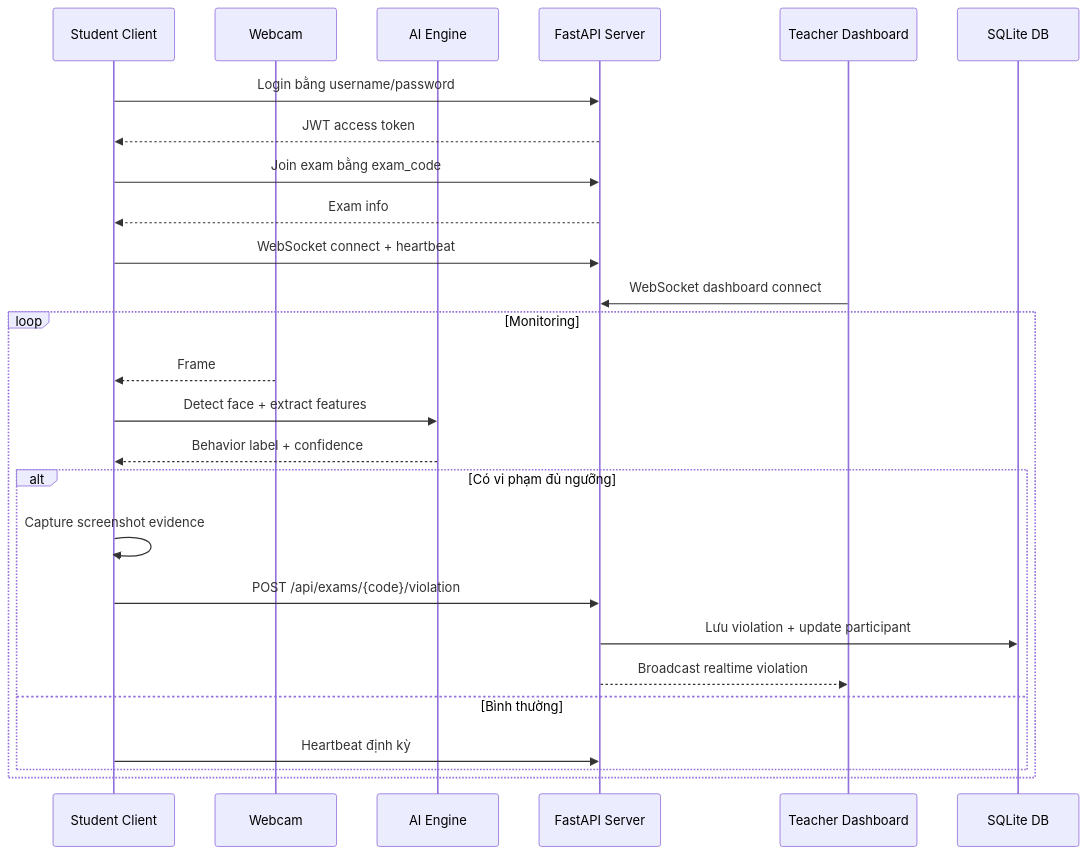
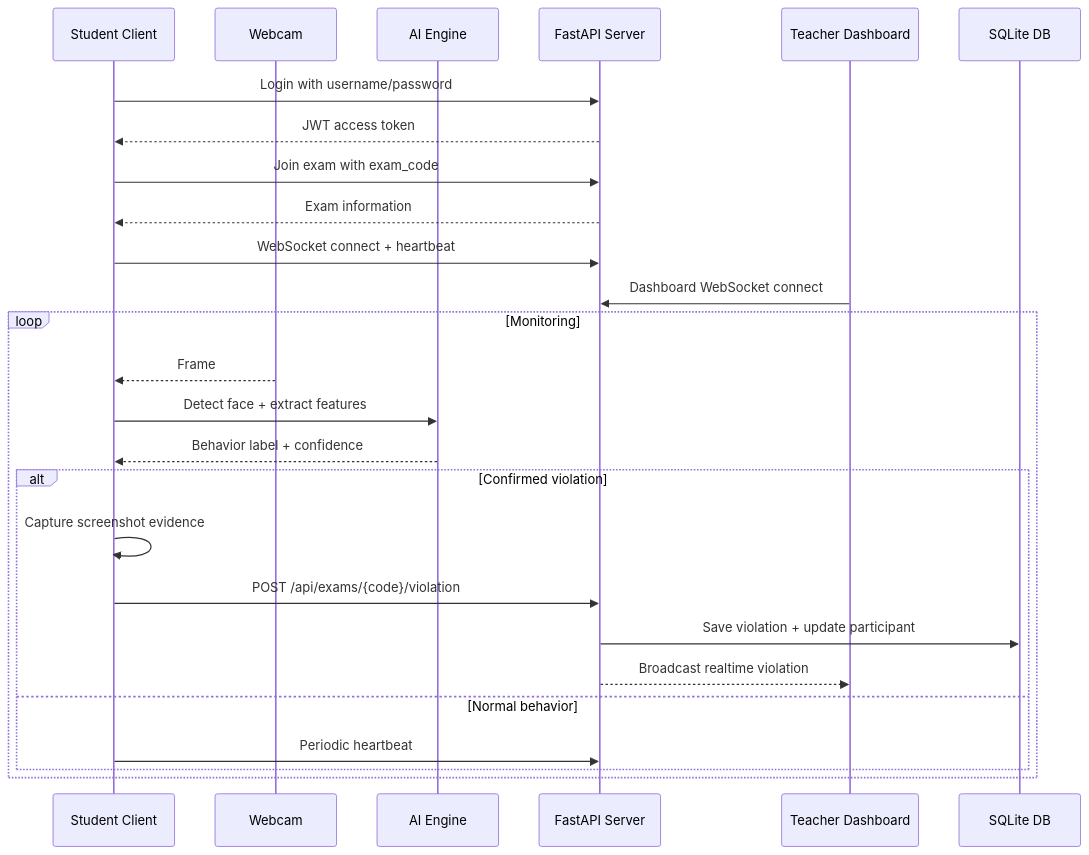
One commit to viethoang2503/smart-examiner-project changed the second of 2 diagrams in README.md. Above: the diagram before and after it, drawn with Mermaid. The commit also changed other lines of this file, not shown here.

````diff
--- a/README.md
+++ b/README.md
@@ -84,30 +84,30 @@
 ```mermaid
 sequenceDiagram
     participant S as Student Client
     participant C as Webcam
     participant A as AI Engine
     participant B as FastAPI Server
     participant D as Teacher Dashboard
     participant DB as SQLite DB
 
-    S->>B: Login bằng username/password
+    S->>B: Login with username/password
     B-->>S: JWT access token
-    S->>B: Join exam bằng exam_code
-    B-->>S: Exam info
+    S->>B: Join exam with exam_code
+    B-->>S: Exam information
     S->>B: WebSocket connect + heartbeat
-    D->>B: WebSocket dashboard connect
+    D->>B: Dashboard WebSocket connect
 
     loop Monitoring
         C-->>S: Frame
         S->>A: Detect face + extract features
         A-->>S: Behavior label + confidence
-        alt Có vi phạm đủ ngưỡng
+        alt Confirmed violation
             S->>S: Capture screenshot evidence
             S->>B: POST /api/exams/{code}/violation
-            B->>DB: Lưu violation + update participant
+            B->>DB: Save violation + update participant
             B-->>D: Broadcast realtime violation
-        else Bình thường
-            S->>B: Heartbeat định kỳ
+        else Normal behavior
+            S->>B: Periodic heartbeat
         end
     end
 ```
````
